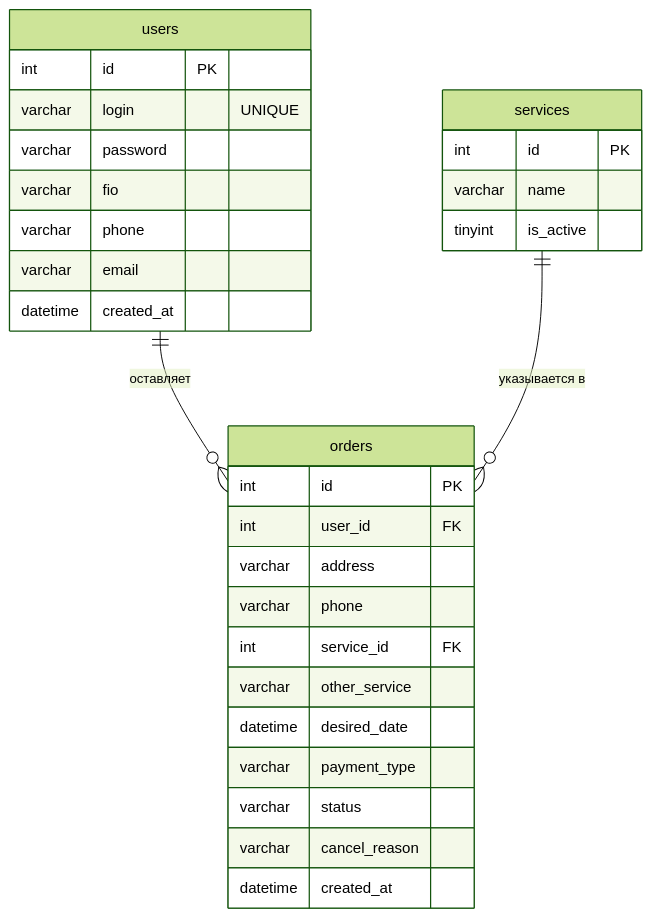
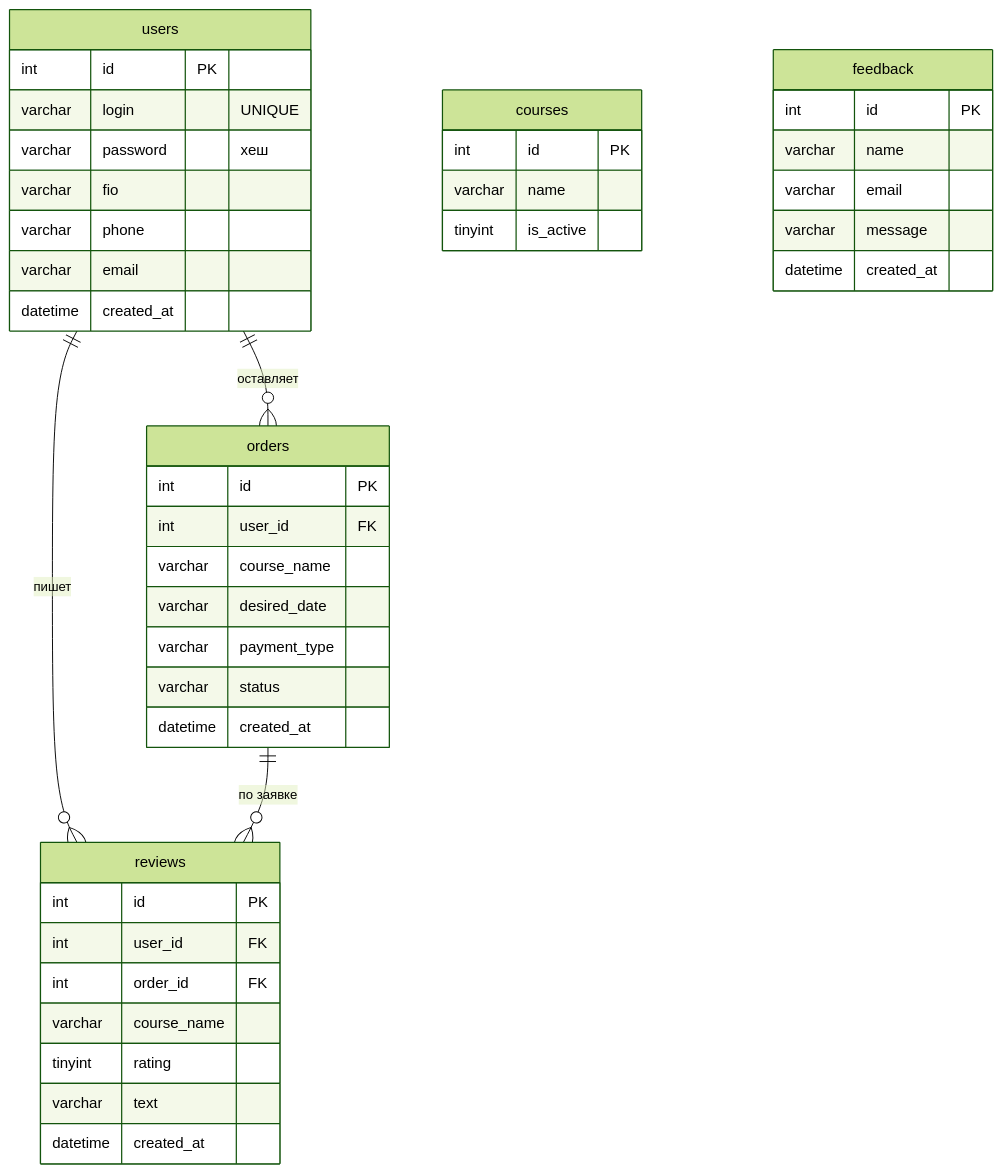
One commit to theremnantink-us/demo-exam-09.02.07 changed the diagram in docs/ER.md. Above: the diagram before and after it, drawn with Mermaid (forest theme). The commit also changed other lines of this file and 41 other files, not shown here.

````diff
--- a/docs/ER.md
+++ b/docs/ER.md
@@ -12,33 +12,46 @@
 ```mermaid
 erDiagram
-    users ||--o{ orders : "оставляет"
-    services ||--o{ orders : "указывается в"
+    users    ||--o{ orders  : "оставляет"
+    users    ||--o{ reviews : "пишет"
+    orders   ||--o{ reviews : "по заявке"
 
     users {
         int id PK
         varchar login "UNIQUE"
-        varchar password
+        varchar password "хеш"
         varchar fio
         varchar phone
         varchar email
         datetime created_at
     }
-    services {
+    courses {
         int id PK
         varchar name
         tinyint is_active
     }
     orders {
         int id PK
         int user_id FK
-        varchar address
-        varchar phone
-        int service_id FK
-        varchar other_service
-        datetime desired_date
+        varchar course_name
+        varchar desired_date
         varchar payment_type
         varchar status
-        varchar cancel_reason
+        datetime created_at
+    }
+    reviews {
+        int id PK
+        int user_id FK
+        int order_id FK
+        varchar course_name
+        tinyint rating
+        varchar text
+        datetime created_at
+    }
+    feedback {
+        int id PK
+        varchar name
+        varchar email
+        varchar message
         datetime created_at
     }
 ```
````
